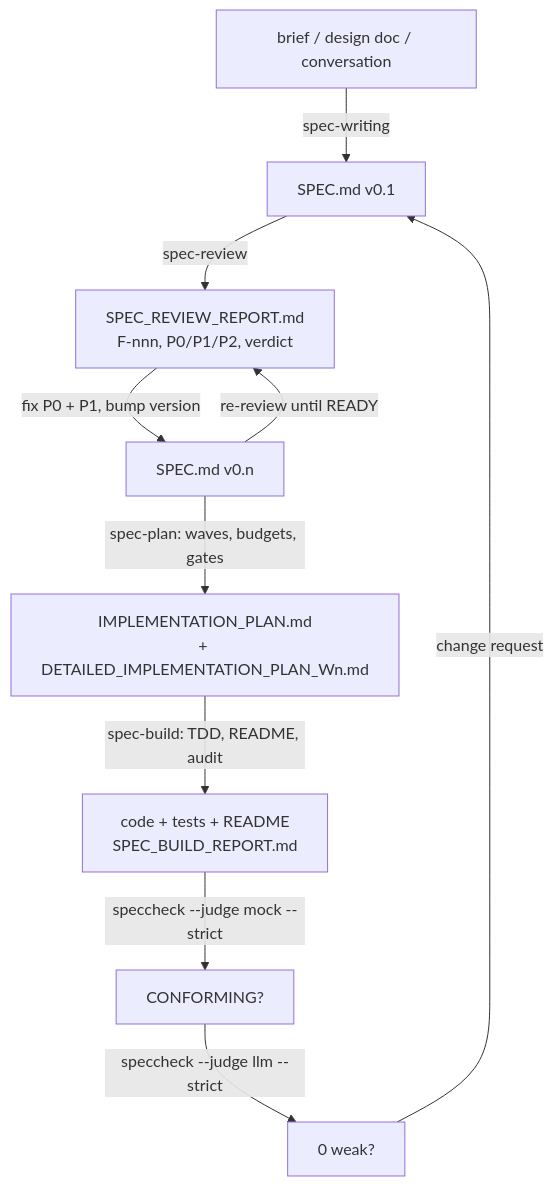
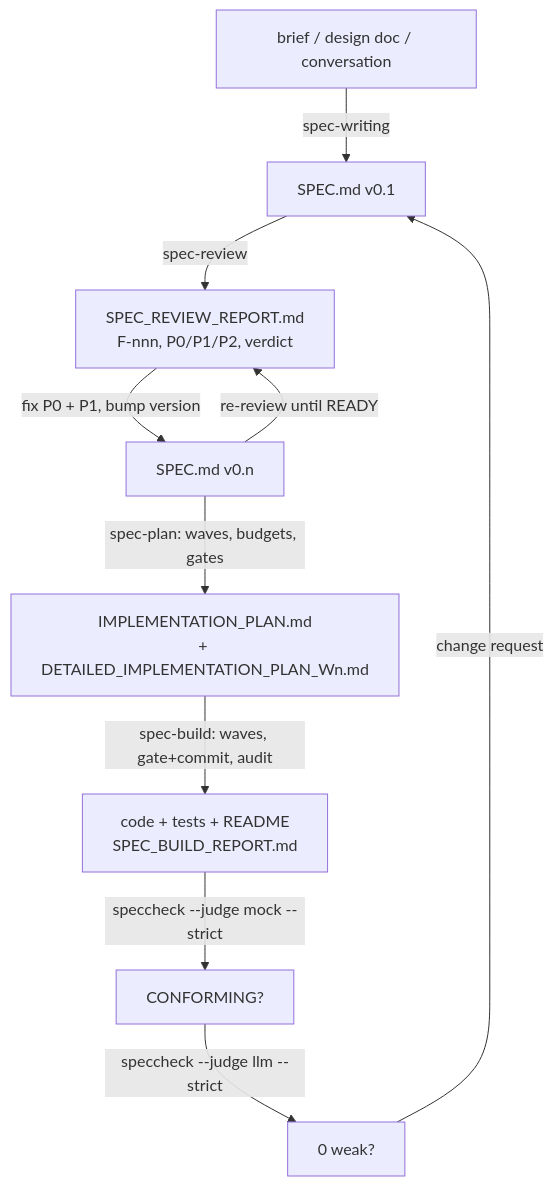
The diagram in docs/introducing-speccheck.md (rioffe/speccheck), drawn with Mermaid before and after one commit. The commit also changed other lines of this file and 3 other files, not shown here.

````diff
--- a/docs/introducing-speccheck.md
+++ b/docs/introducing-speccheck.md
@@ -60,12 +60,12 @@
 ```mermaid
 flowchart TD
     B["brief / design doc / conversation"] -->|"spec-writing"| S["SPEC.md v0.1"]
     S -->|"spec-review"| R["SPEC_REVIEW_REPORT.md<br/>F-nnn, P0/P1/P2, verdict"]
     R -->|"fix P0 + P1, bump version"| S2["SPEC.md v0.n"]
     S2 -->|"re-review until READY"| R
     S2 -->|"spec-plan: waves, budgets, gates"| P["IMPLEMENTATION_PLAN.md<br/>+ DETAILED_IMPLEMENTATION_PLAN_Wn.md"]
-    P -->|"spec-build: TDD, README, audit"| C["code + tests + README<br/>SPEC_BUILD_REPORT.md"]
+    P -->|"spec-build: waves, gate+commit, audit"| C["code + tests + README<br/>SPEC_BUILD_REPORT.md"]
     C -->|"speccheck --judge mock --strict"| G1["CONFORMING?"]
     G1 -->|"speccheck --judge llm --strict"| G2["0 weak?"]
     G2 -->|"change request"| S
 ```
````
